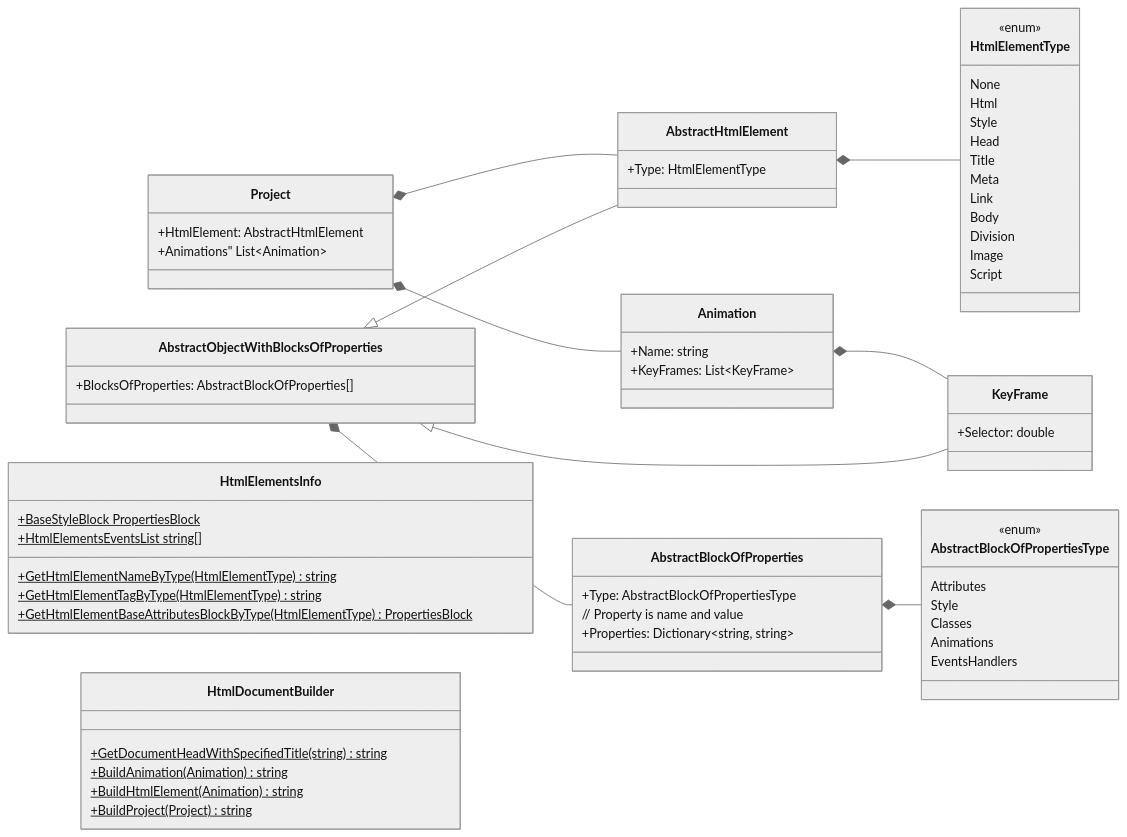
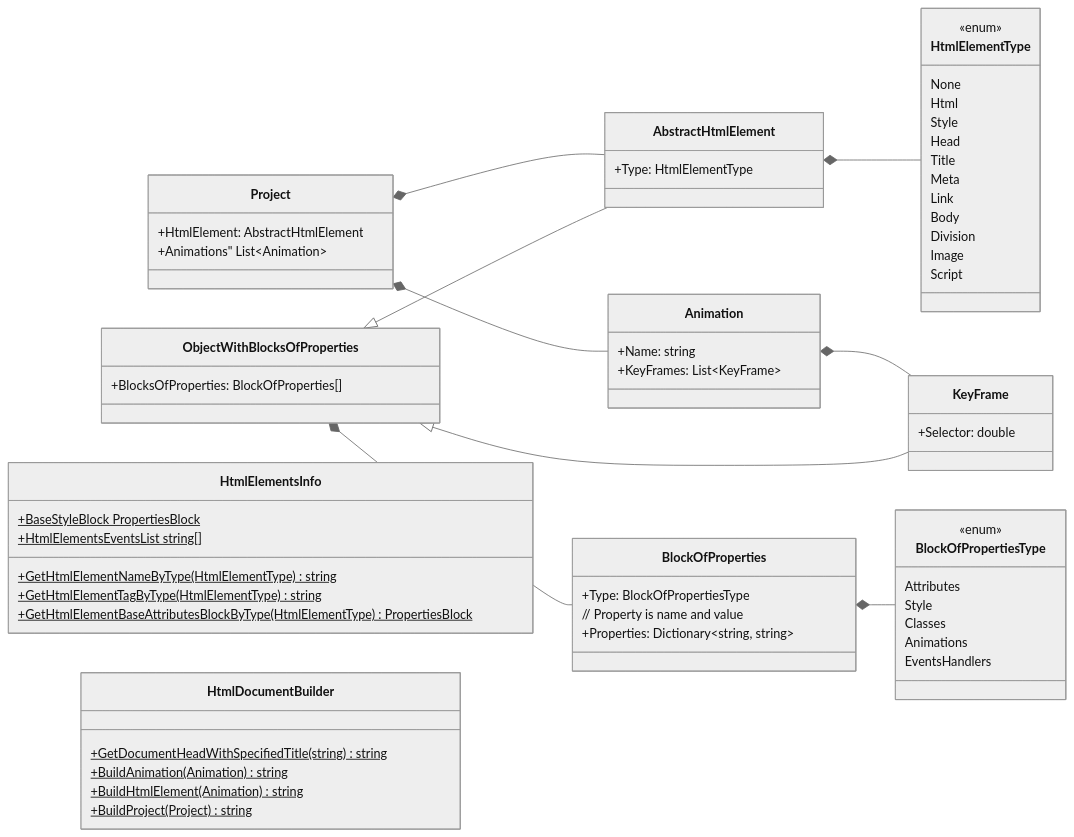
The diagram in Descriptions/Class diagram.md (NemoNology/WebAnimEdit), drawn with Mermaid (neutral theme) before and after one commit.

Commit message:
Class diagram: fixed some classes names

````diff
--- a/Descriptions/Class diagram.md
+++ b/Descriptions/Class diagram.md
@@ -3,69 +3,69 @@
 ```mermaid
 classDiagram
     direction LR
     class AbstractHtmlElement{
         +Type: HtmlElementType
     }
-    class AbstractObjectWithBlocksOfProperties{
-        +BlocksOfProperties: AbstractBlockOfProperties[]
+    class ObjectWithBlocksOfProperties{
+        +BlocksOfProperties: BlockOfProperties[]
     }
-    class AbstractBlockOfProperties{
-        +Type: AbstractBlockOfPropertiesType
+    class BlockOfProperties{
+        +Type: BlockOfPropertiesType
         // Property is name and value
         +Properties: Dictionary~string, string~
     }
     class Animation{
         +Name: string
         +KeyFrames: List~KeyFrame~
     }
     class KeyFrame{
         +Selector: double
     }
     class Project{
         +HtmlElement: AbstractHtmlElement
         +Animations" List~Animation~
     }
     class HtmlElementType{
         <<enum>>
         None
         Html
         Style        
         Head
         Title
         Meta
         Link
         Body
         Division
         Image
         Script
     }
-    class AbstractBlockOfPropertiesType{
+    class BlockOfPropertiesType{
         <<enum>>
         Attributes
         Style
         Classes
         Animations
         EventsHandlers
     }
     class HtmlElementsInfo{
         +GetHtmlElementNameByType(HtmlElementType) string$
         +GetHtmlElementTagByType(HtmlElementType) string$
         +GetHtmlElementBaseAttributesBlockByType(HtmlElementType) PropertiesBlock$
         +BaseStyleBlock PropertiesBlock$
         +HtmlElementsEventsList string[]$
     }
     class HtmlDocumentBuilder{
         +GetDocumentHeadWithSpecifiedTitle(string) string$
         +BuildAnimation(Animation) string$
         +BuildHtmlElement(Animation) string$
         +BuildProject(Project) string$
     }
-    AbstractObjectWithBlocksOfProperties<|--AbstractHtmlElement
-    AbstractObjectWithBlocksOfProperties<|--KeyFrame
-    AbstractObjectWithBlocksOfProperties*--AbstractBlockOfProperties
-    AbstractBlockOfProperties*--AbstractBlockOfPropertiesType
+    ObjectWithBlocksOfProperties<|--AbstractHtmlElement
+    ObjectWithBlocksOfProperties<|--KeyFrame
+    ObjectWithBlocksOfProperties*--BlockOfProperties
+    BlockOfProperties*--BlockOfPropertiesType
     Animation*--KeyFrame
     AbstractHtmlElement*--HtmlElementType
     Project*--AbstractHtmlElement
     Project*--Animation
 ```
````
